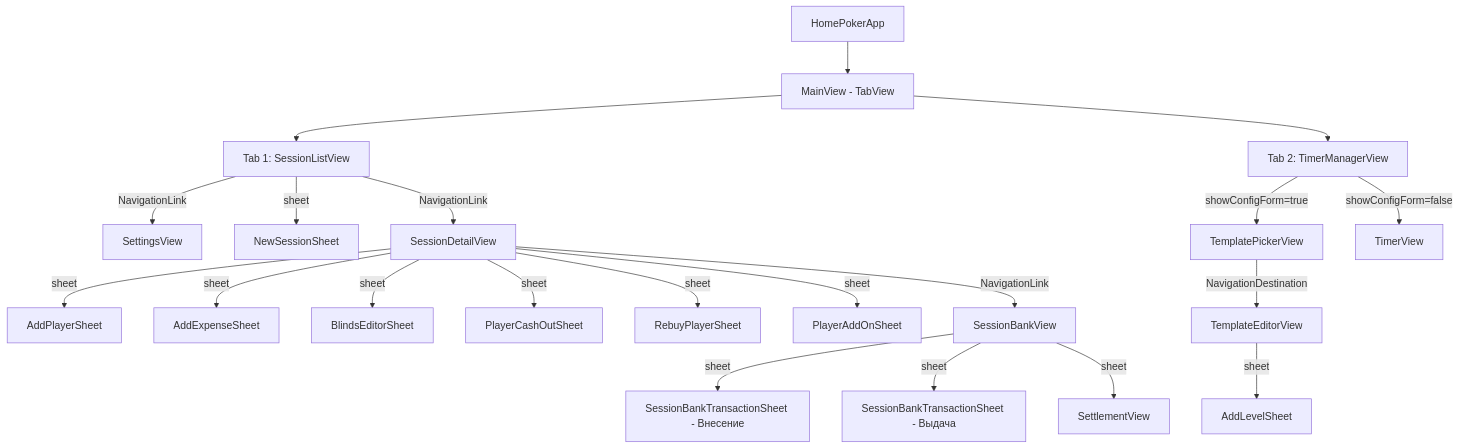
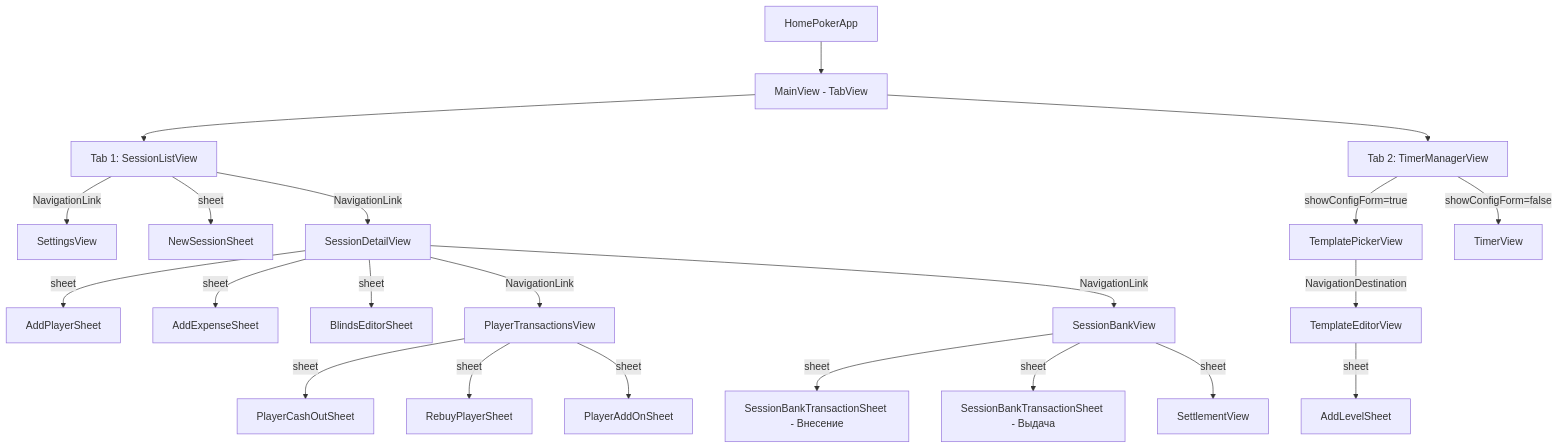
The first of 4 diagrams in Home Poker/Docs/architecture-flow.md (OutOfOdds/Home-Poker), drawn with Mermaid before and after one commit. The commit also changed other lines of this file and 18 other files, not shown here.

````diff
--- a/Home Poker/Docs/architecture-flow.md
+++ b/Home Poker/Docs/architecture-flow.md
@@ -16,33 +16,36 @@
 ```mermaid
 graph TD
     App[HomePokerApp] --> Main[MainView - TabView]
 
     %% Tab 1: Сессии
     Main --> Tab1[Tab 1: SessionListView]
     Main --> Tab2[Tab 2: TimerManagerView]
 
     %% SessionListView
     Tab1 -->|NavigationLink| Settings[SettingsView]
     Tab1 -->|sheet| NewSession[NewSessionSheet]
     Tab1 -->|NavigationLink| Detail[SessionDetailView]
 
     %% SessionDetailView sheets
     Detail -->|sheet| AddPlayer[AddPlayerSheet]
     Detail -->|sheet| AddExpense[AddExpenseSheet]
     Detail -->|sheet| BlindsEditor[BlindsEditorSheet]
-    Detail -->|sheet| PlayerCashOut[PlayerCashOutSheet]
-    Detail -->|sheet| PlayerRebuy[RebuyPlayerSheet]
-    Detail -->|sheet| PlayerAddOn[PlayerAddOnSheet]
+    Detail -->|NavigationLink| PlayerDetails[PlayerTransactionsView]
+
+    %% PlayerTransactionsView sheets
+    PlayerDetails -->|sheet| PlayerCashOut[PlayerCashOutSheet]
+    PlayerDetails -->|sheet| PlayerRebuy[RebuyPlayerSheet]
+    PlayerDetails -->|sheet| PlayerAddOn[PlayerAddOnSheet]
 
     %% SessionBankView
     Detail -->|NavigationLink| Bank[SessionBankView]
     Bank -->|sheet| BankDeposit[SessionBankTransactionSheet - Внесение]
     Bank -->|sheet| BankWithdraw[SessionBankTransactionSheet - Выдача]
     Bank -->|sheet| Settlement[SettlementView]
 
     %% Timer flow
     Tab2 -->|showConfigForm=true| TemplatePicker[TemplatePickerView]
     Tab2 -->|showConfigForm=false| Timer[TimerView]
     TemplatePicker -->|NavigationDestination| TemplateEditor[TemplateEditorView]
     TemplateEditor -->|sheet| AddLevel[AddLevelSheet]
 ```
````
